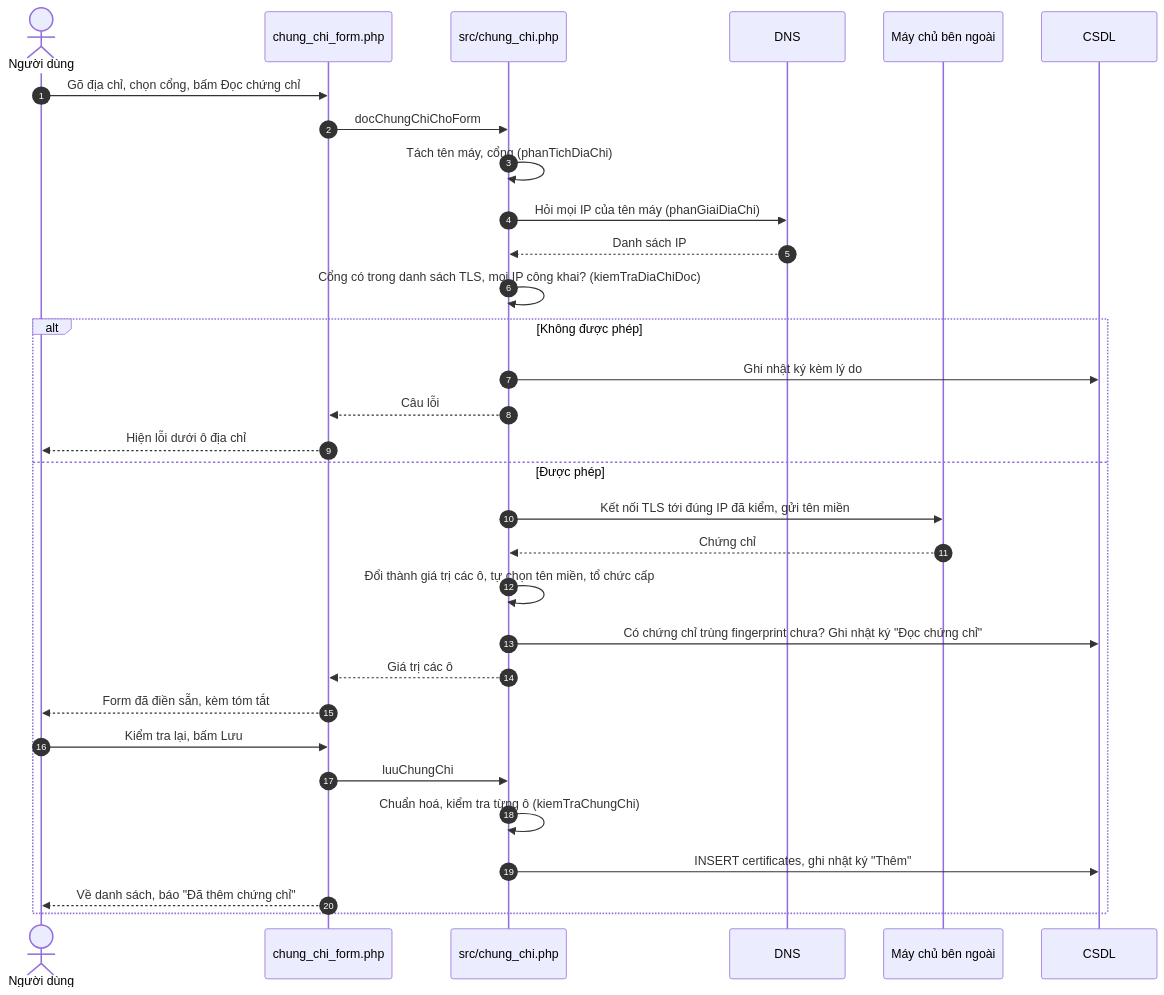
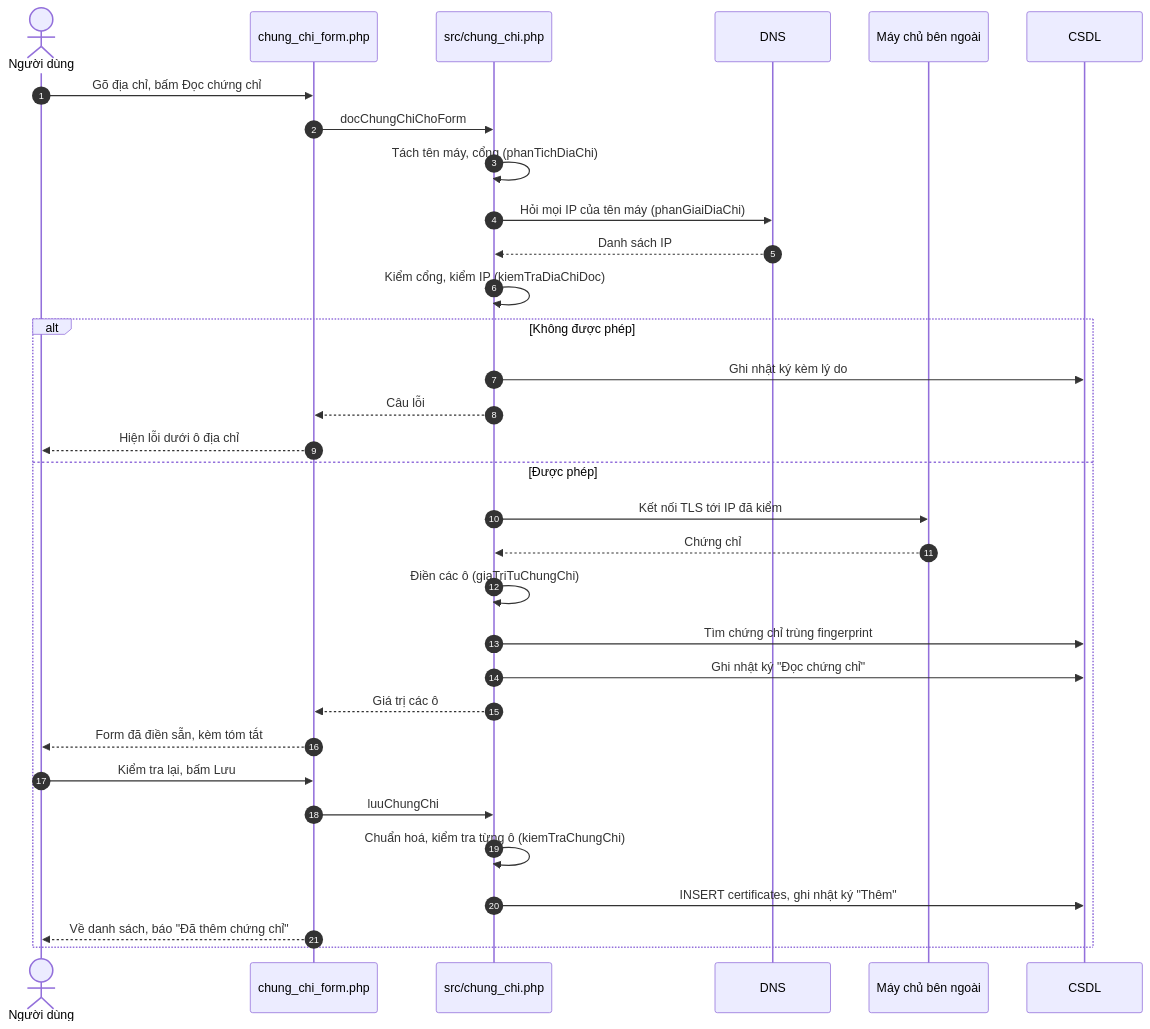
Before and after one commit to sakuralegend/cipher: the second of 4 diagrams in docs/USECASE.md, drawn with Mermaid. The commit also changed other lines of this file and 1 other file, not shown here.

````diff
--- a/docs/USECASE.md
+++ b/docs/USECASE.md
@@ -527,33 +527,34 @@
 ```mermaid
 sequenceDiagram
     autonumber
     actor ND as Người dùng
     participant F as chung_chi_form.php
     participant CC as src/chung_chi.php
     participant DNS as DNS
     participant MC as Máy chủ bên ngoài
     participant DB as CSDL
-    ND->>F: Gõ địa chỉ, chọn cổng, bấm Đọc chứng chỉ
+    ND->>F: Gõ địa chỉ, bấm Đọc chứng chỉ
     F->>CC: docChungChiChoForm
     CC->>CC: Tách tên máy, cổng (phanTichDiaChi)
     CC->>DNS: Hỏi mọi IP của tên máy (phanGiaiDiaChi)
     DNS-->>CC: Danh sách IP
-    CC->>CC: Cổng có trong danh sách TLS, mọi IP công khai? (kiemTraDiaChiDoc)
+    CC->>CC: Kiểm cổng, kiểm IP (kiemTraDiaChiDoc)
     alt Không được phép
         CC->>DB: Ghi nhật ký kèm lý do
         CC-->>F: Câu lỗi
         F-->>ND: Hiện lỗi dưới ô địa chỉ
     else Được phép
-        CC->>MC: Kết nối TLS tới đúng IP đã kiểm, gửi tên miền
+        CC->>MC: Kết nối TLS tới IP đã kiểm
         MC-->>CC: Chứng chỉ
-        CC->>CC: Đổi thành giá trị các ô, tự chọn tên miền, tổ chức cấp
-        CC->>DB: Có chứng chỉ trùng fingerprint chưa? Ghi nhật ký "Đọc chứng chỉ"
+        CC->>CC: Điền các ô (giaTriTuChungChi)
+        CC->>DB: Tìm chứng chỉ trùng fingerprint
+        CC->>DB: Ghi nhật ký "Đọc chứng chỉ"
         CC-->>F: Giá trị các ô
         F-->>ND: Form đã điền sẵn, kèm tóm tắt
         ND->>F: Kiểm tra lại, bấm Lưu
         F->>CC: luuChungChi
         CC->>CC: Chuẩn hoá, kiểm tra từng ô (kiemTraChungChi)
         CC->>DB: INSERT certificates, ghi nhật ký "Thêm"
         F-->>ND: Về danh sách, báo "Đã thêm chứng chỉ"
     end
 ```
````
